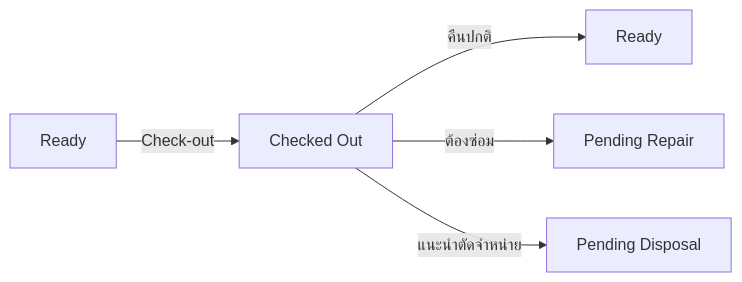
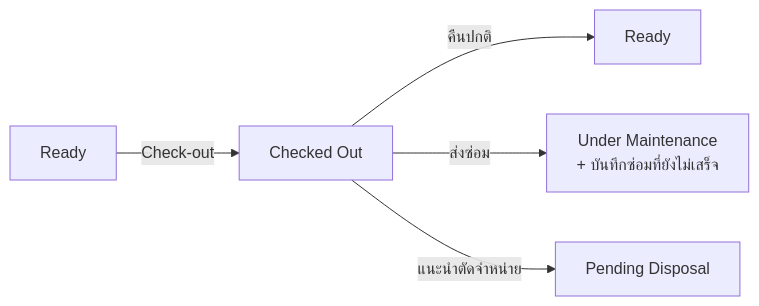
The third of 8 diagrams in docs/16_ASSET_STATUS_WORKFLOW_TH.md (iEel/asset-system), drawn with Mermaid before and after one commit. The commit also changed other lines of this file and 16 other files, not shown here.

````diff
--- a/docs/16_ASSET_STATUS_WORKFLOW_TH.md
+++ b/docs/16_ASSET_STATUS_WORKFLOW_TH.md
@@ -94,7 +99,7 @@
 ```mermaid
 flowchart LR
     A["Ready"] -->|Check-out| B["Checked Out"]
     B -->|คืนปกติ| C["Ready"]
-    B -->|ต้องซ่อม| D["Pending Repair"]
+    B -->|ส่งซ่อม| D["Under Maintenance<br/>+ บันทึกซ่อมที่ยังไม่เสร็จ"]
     B -->|แนะนำตัดจำหน่าย| E["Pending Disposal"]
 ```
````
